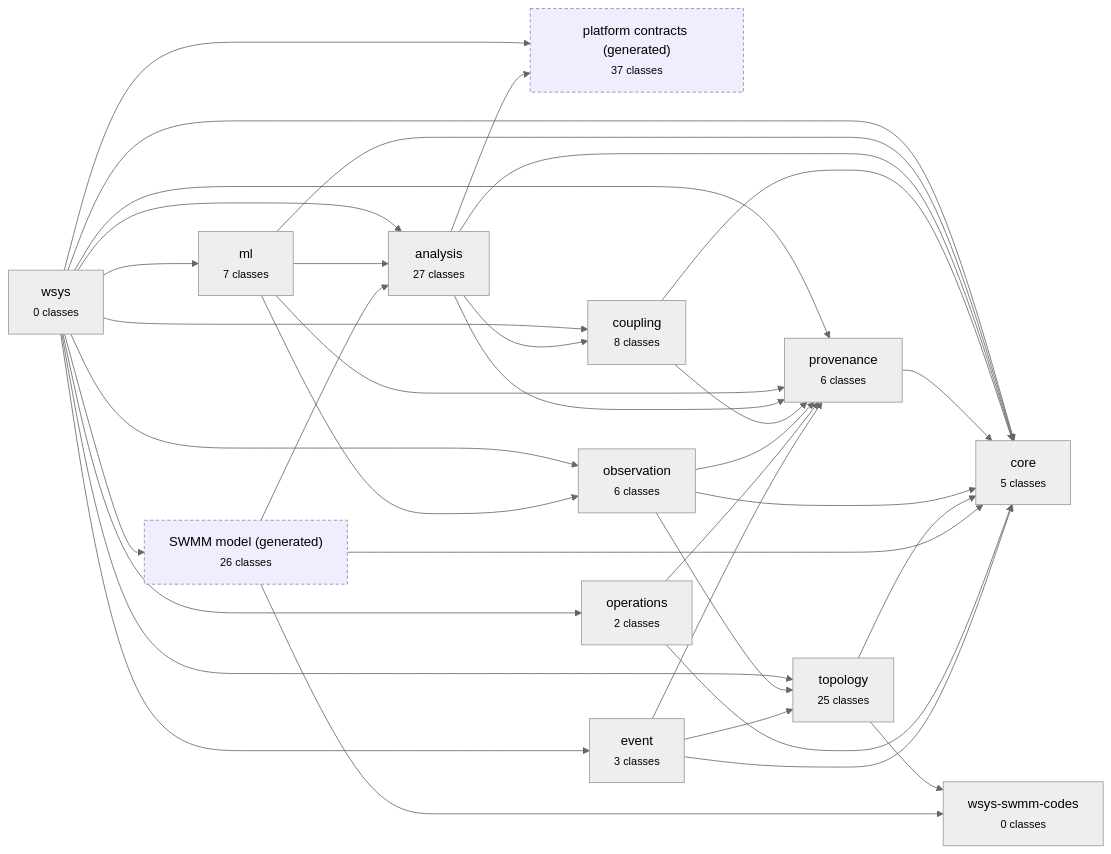
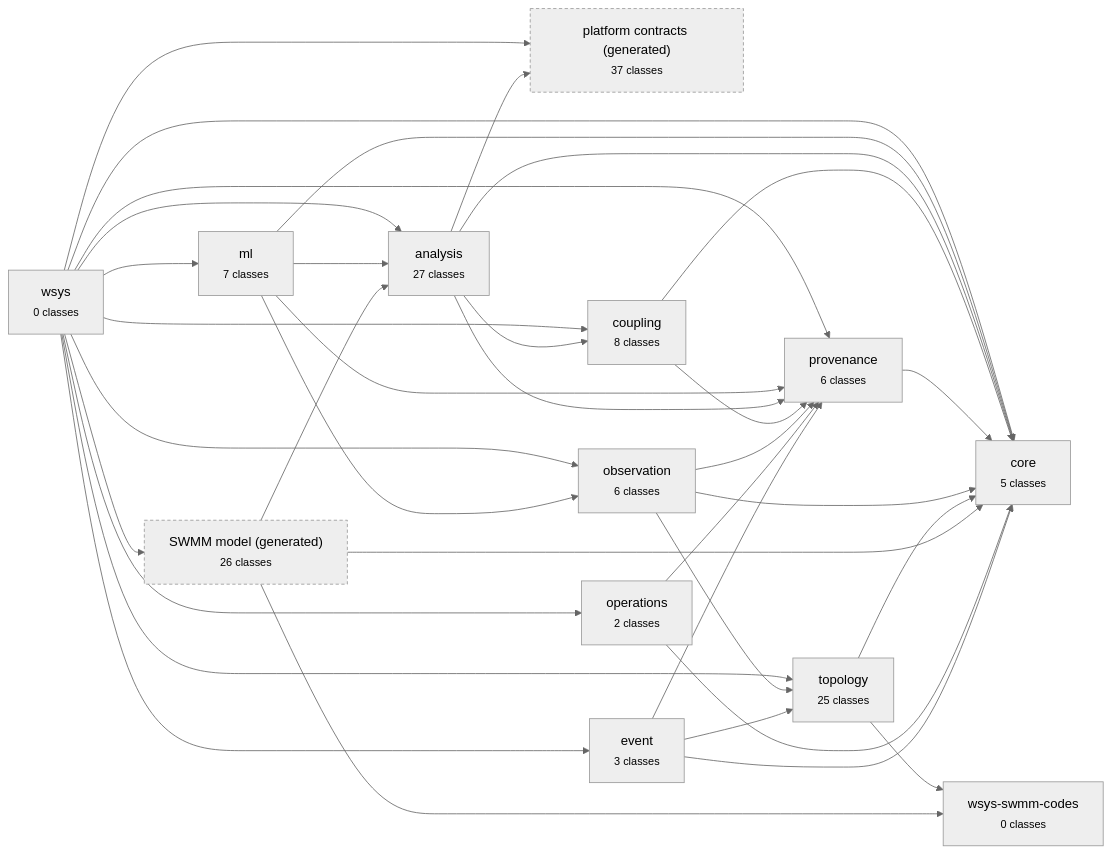
The diagram in docs/diagrams/modules.md (HydroCouple/water-ontology), drawn with Mermaid (neutral theme) before and after one commit. The commit also changed 14 other files, not shown here.

````diff
--- a/docs/diagrams/modules.md
+++ b/docs/diagrams/modules.md
@@ -5,52 +5,52 @@
 ```mermaid
 flowchart LR
   wsys["wsys<br/><small>0 classes</small>"]
   wsys_ml["ml<br/><small>7 classes</small>"]
   wsys_analysis["analysis<br/><small>27 classes</small>"]
   wsys_analysis_platform["platform contracts (generated)<br/><small>37 classes</small>"]:::gen
   wsys_coupling["coupling<br/><small>8 classes</small>"]
   wsys_provenance["provenance<br/><small>6 classes</small>"]
   wsys_core["core<br/><small>5 classes</small>"]
   wsys_observation["observation<br/><small>6 classes</small>"]
   wsys_topology["topology<br/><small>25 classes</small>"]
   wsys_swmm_codes["wsys-swmm-codes<br/><small>0 classes</small>"]
   wsys_model["SWMM model (generated)<br/><small>26 classes</small>"]:::gen
   wsys_operations["operations<br/><small>2 classes</small>"]
   wsys_event["event<br/><small>3 classes</small>"]
   wsys --> wsys_core
   wsys --> wsys_provenance
   wsys --> wsys_topology
   wsys --> wsys_observation
   wsys --> wsys_event
   wsys --> wsys_operations
   wsys --> wsys_coupling
   wsys --> wsys_analysis_platform
   wsys --> wsys_analysis
   wsys --> wsys_model
   wsys --> wsys_ml
   wsys_ml --> wsys_core
   wsys_ml --> wsys_provenance
   wsys_ml --> wsys_observation
   wsys_ml --> wsys_analysis
   wsys_analysis --> wsys_core
   wsys_analysis --> wsys_provenance
   wsys_analysis --> wsys_coupling
   wsys_analysis --> wsys_analysis_platform
   wsys_coupling --> wsys_core
   wsys_coupling --> wsys_provenance
   wsys_provenance --> wsys_core
   wsys_observation --> wsys_core
   wsys_observation --> wsys_provenance
   wsys_observation --> wsys_topology
   wsys_topology --> wsys_core
   wsys_topology --> wsys_swmm_codes
   wsys_model --> wsys_core
   wsys_model --> wsys_analysis
   wsys_model --> wsys_swmm_codes
   wsys_operations --> wsys_core
   wsys_operations --> wsys_provenance
   wsys_event --> wsys_core
   wsys_event --> wsys_provenance
   wsys_event --> wsys_topology
-  classDef gen fill:#eef,stroke:#88a,stroke-dasharray: 4 3;
+  classDef gen stroke-dasharray: 4 3;
 ```
````
